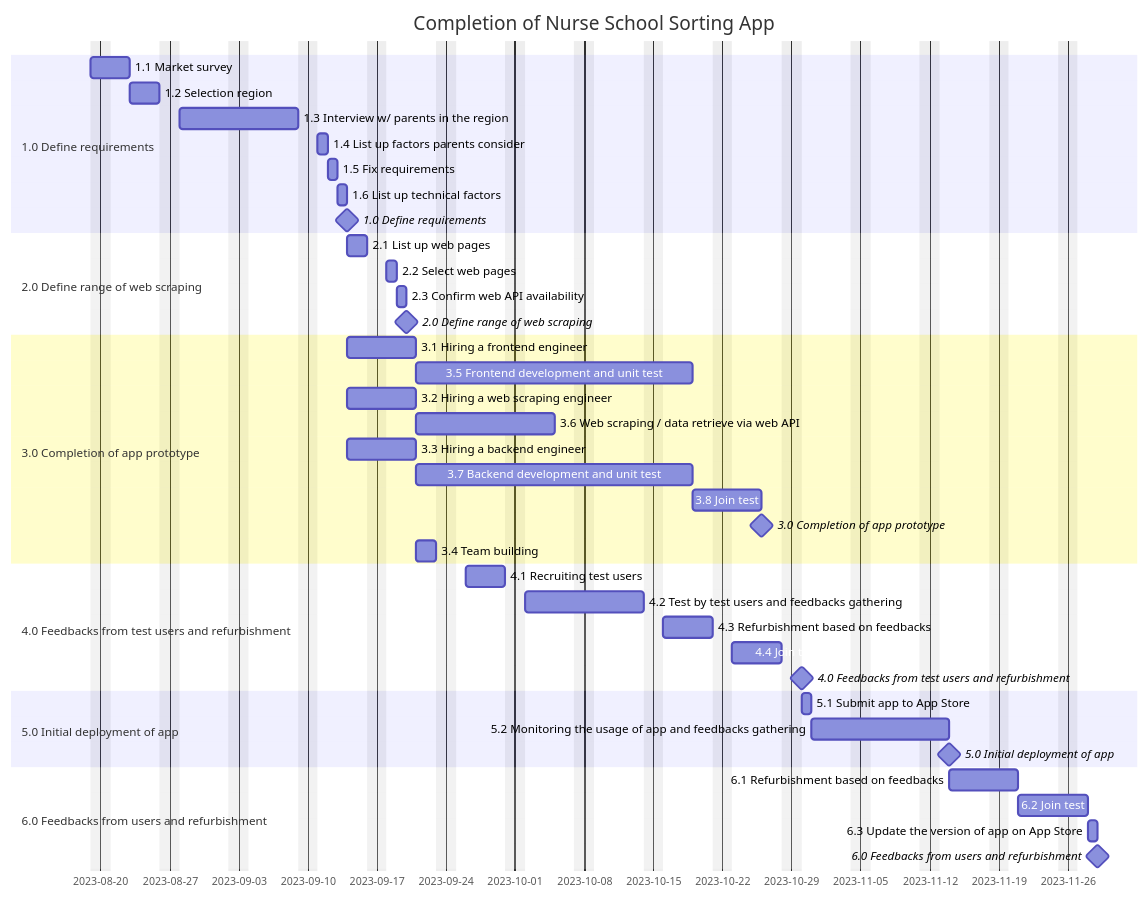
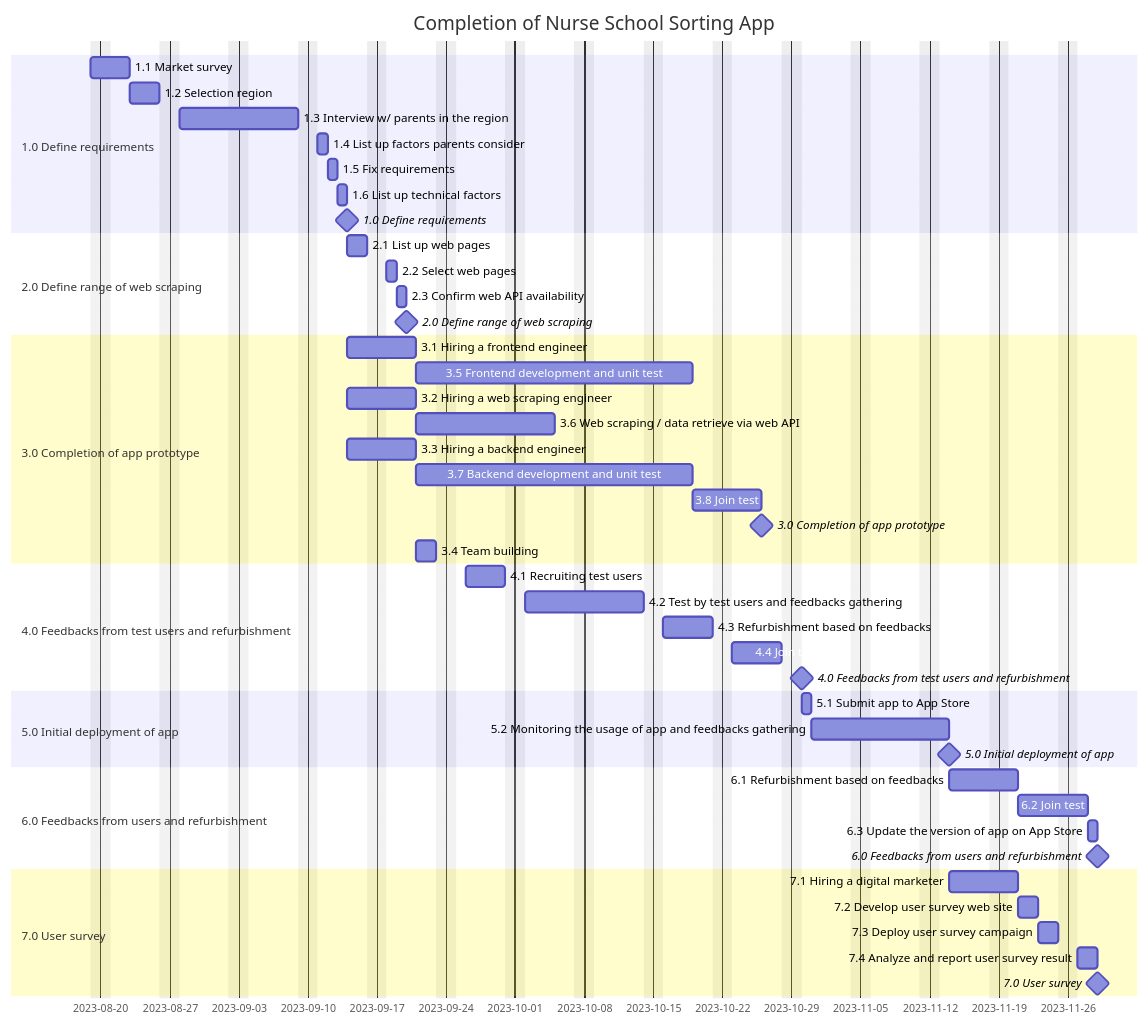
One commit to riow1983/Coursera-PMP changed the third of 4 diagrams in README.md. Above: the diagram before and after it, drawn with Mermaid.

````diff
--- a/README.md
+++ b/README.md
@@ -166,50 +166,57 @@
 ```mermaid
 gantt
   dateFormat  YYYY-MM-DD
   title       Completion of Nurse School Sorting App
   excludes    weekends
 
   section 1.0 Define requirements
   1.1 Market survey        :2023-08-19, 3d
   1.2 Selection region :3d
   1.3 Interview w/ parents in the region  :10d
   1.4 List up factors parents consider: 1d
   1.5 Fix requirements: 1d
   1.6 List up technical factors: 0.5d
   1.0 Define requirements     :milestone, 0d
 
   section 2.0 Define range of web scraping
   2.1 List up web pages      :2023-09-14, 2d
   2.2 Select web pages      :1d
   2.3 Confirm web API availability     :1d
   2.0 Define range of web scraping: milestone, 0d
 
   section 3.0 Completion of app prototype
   3.1 Hiring a frontend engineer: 2023-09-14, 5d
   3.5 Frontend development and unit test: 20d
   3.2 Hiring a web scraping engineer: 2023-09-14, 5d
   3.6 Web scraping / data retrieve via web API: 10d
   3.3 Hiring a backend engineer: a, 2023-09-14, 5d
   3.7 Backend development and unit test: 20d
   3.8 Join test: 5d
   3.0 Completion of app prototype: milestone, 0d
   3.4 Team building: after a, 2d
   
   section 4.0 Feedbacks from test users and refurbishment
   4.1 Recruiting test users: 2023-09-26, 4d
   4.2 Test by test users and feedbacks gathering: 10d
   4.3 Refurbishment based on feedbacks: 5d
   4.4 Join test: 5d
   4.0 Feedbacks from test users and refurbishment: milestone, 0d
   
   section 5.0 Initial deployment of app
   5.1 Submit app to App Store: 2023-10-30, 0.5d
   5.2 Monitoring the usage of app and feedbacks gathering: 10d
   5.0 Initial deployment of app: milestone, 0d
 
   section 6.0 Feedbacks from users and refurbishment
   6.1 Refurbishment based on feedbacks: 2023-11-14, 5d
   6.2 Join test: 5d
   6.3 Update the version of app on App Store: 0.5d
   6.0 Feedbacks from users and refurbishment: milestone, 0d
+
+  section 7.0 User survey
+  7.1 Hiring a digital marketer: 2023-11-14, 5d
+  7.2 Develop user survey web site: 2d
+  7.3 Deploy user survey campaign: 2d
+  7.4 Analyze and report user survey result: 2d
+  7.0 User survey: milestone, 0d
 ```
````
